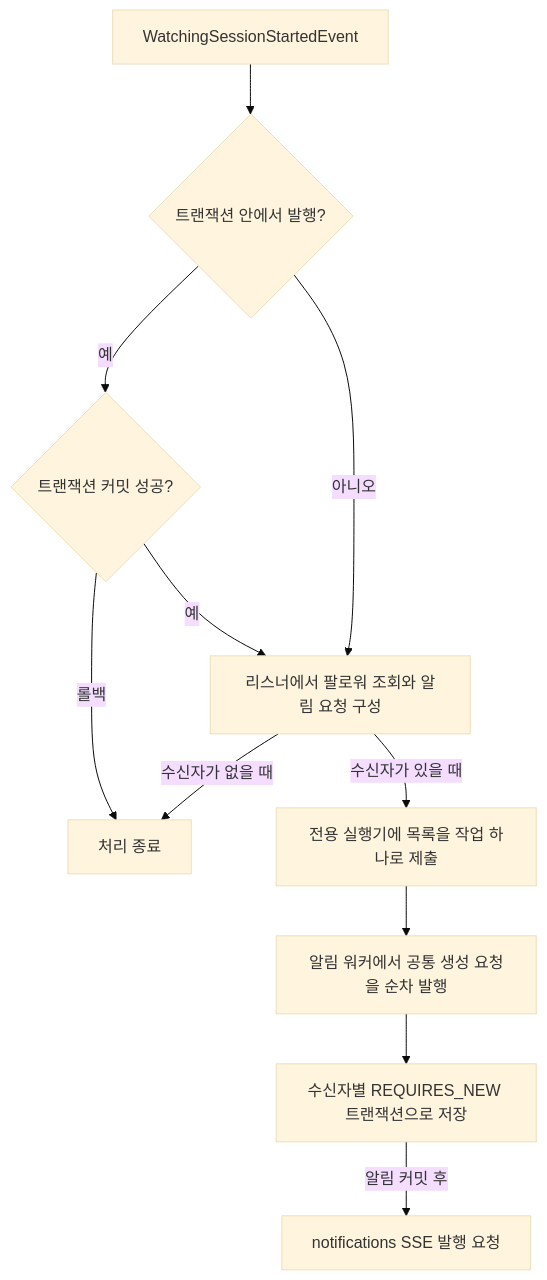
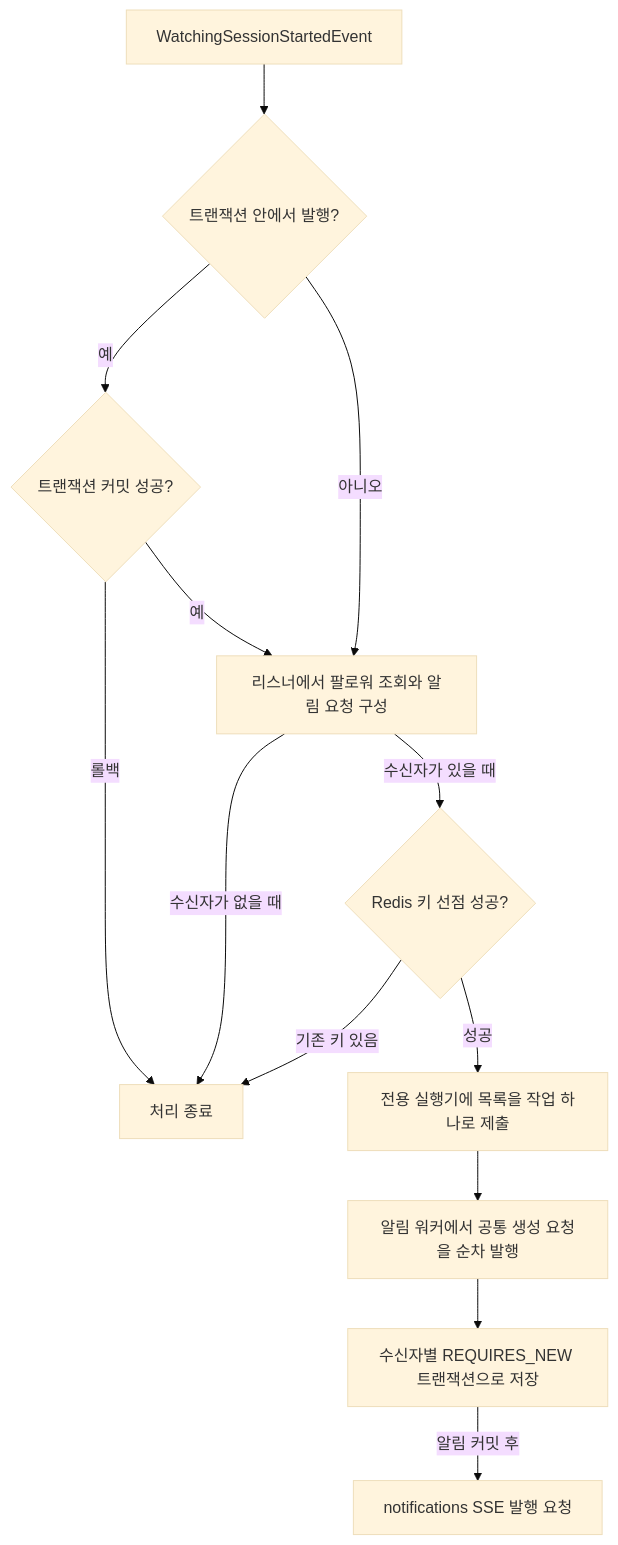
The diagram in docs/notification/13-watching-session-integration.md (codeit-backend13-part4-team1/playlist_for_everyone), drawn with Mermaid (base theme) before and after one commit. The commit also changed other lines of this file and 3 other files, not shown here.

````diff
--- a/docs/notification/13-watching-session-integration.md
+++ b/docs/notification/13-watching-session-integration.md
@@ -20,13 +22,15 @@
 ```mermaid
 flowchart TD
     EVENT["WatchingSessionStartedEvent"] --> TX{"트랜잭션 안에서 발행?"}
     TX -->|예| COMMIT{"트랜잭션 커밋 성공?"}
     COMMIT -->|예| TARGETS["리스너에서 팔로워 조회와 알림 요청 구성"]
     COMMIT -->|롤백| END["처리 종료"]
     TX -->|아니오| TARGETS
-    TARGETS -->|수신자가 있을 때| QUEUE["전용 실행기에 목록을 작업 하나로 제출"]
+    TARGETS -->|수신자가 있을 때| RESERVE{"Redis 키 선점 성공?"}
     TARGETS -->|수신자가 없을 때| END
+    RESERVE -->|성공| QUEUE["전용 실행기에 목록을 작업 하나로 제출"]
+    RESERVE -->|기존 키 있음| END
     QUEUE --> WORKER["알림 워커에서 공통 생성 요청을 순차 발행"]
     WORKER --> SAVE["수신자별 REQUIRES_NEW 트랜잭션으로 저장"]
     SAVE -->|알림 커밋 후| SSE["notifications SSE 발행 요청"]
 ```
````
